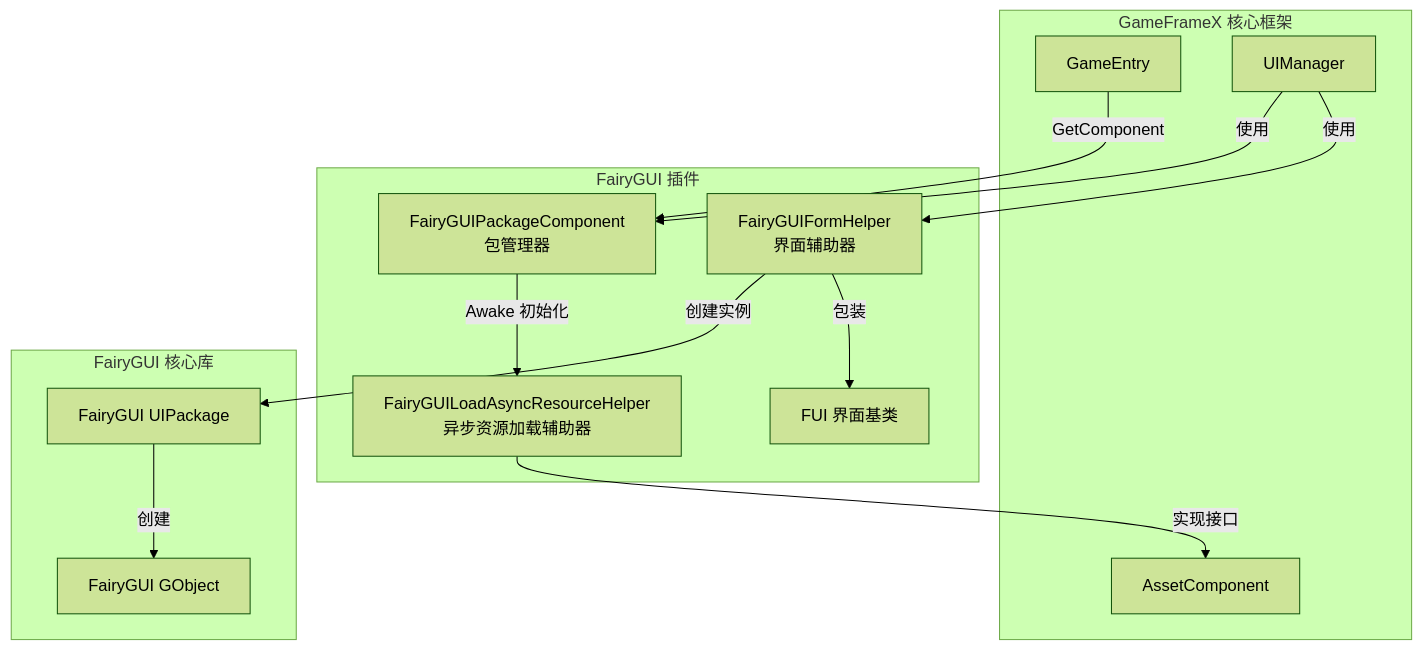
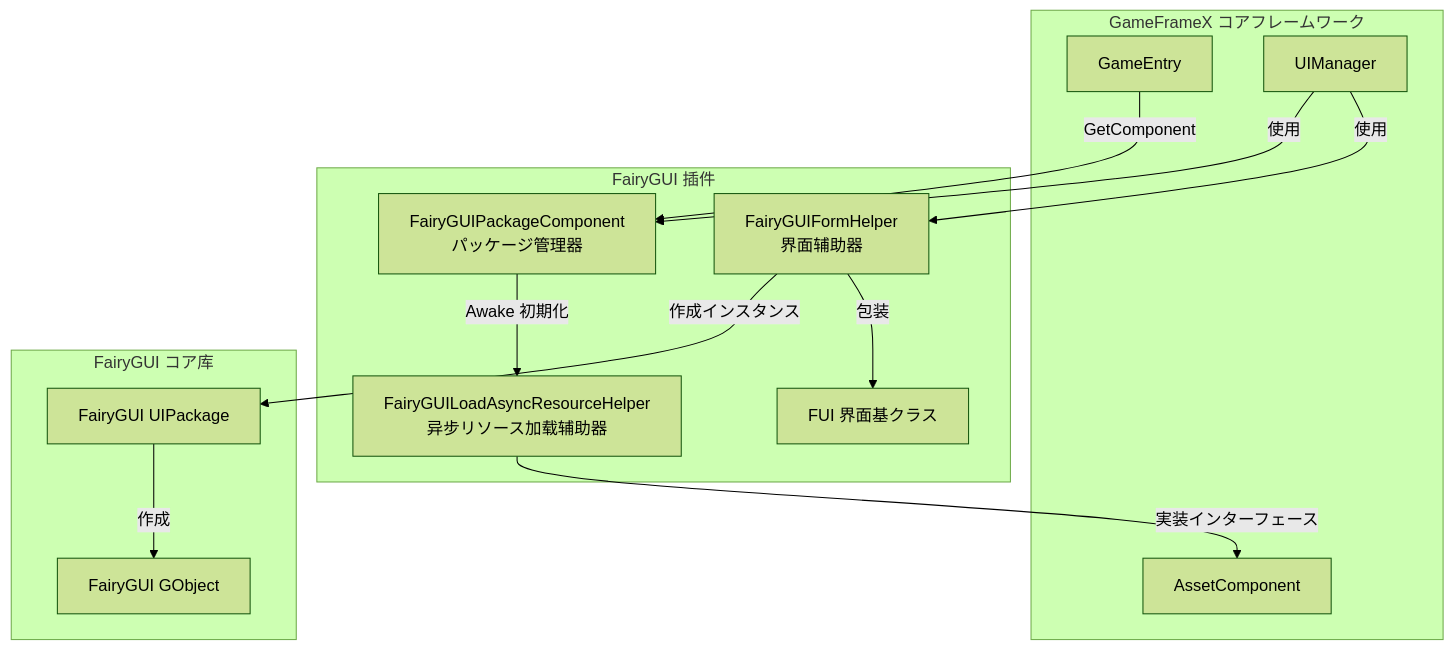
One commit to AlianBlank/GameFrameX.Docs changed the first of 2 diagrams in docs/ja/client/unity/component/ui-fairygui/09.package-manager.md. Above: the diagram before and after it, drawn with Mermaid (forest theme). The commit also changed other lines of this file and 603 other files, not shown here.

````diff
--- a/docs/ja/client/unity/component/ui-fairygui/09.package-manager.md
+++ b/docs/ja/client/unity/component/ui-fairygui/09.package-manager.md
@@ -27,29 +27,29 @@
 ```mermaid
 flowchart TD
-    subgraph GameFrameX["GameFrameX 核心框架"]
+    subgraph GameFrameX["GameFrameX コアフレームワーク"]
         GC[GameEntry]
         AC[AssetComponent]
         UIM[UIManager]
     end
 
     subgraph FairyGUI插件["FairyGUI 插件"]
-        PC[FairyGUIPackageComponent<br/>包管理器]
-        RH[FairyGUILoadAsyncResourceHelper<br/>异步资源加载辅助器]
+        PC[FairyGUIPackageComponent<br/>パッケージ管理器]
+        RH[FairyGUILoadAsyncResourceHelper<br/>异步リソース加载辅助器]
         FH[FairyGUIFormHelper<br/>界面辅助器]
-        FUI[FUI 界面基类]
+        FUI[FUI 界面基クラス]
     end
 
-    subgraph FairyGUI["FairyGUI 核心库"]
+    subgraph FairyGUI["FairyGUI コア库"]
         FGP[FairyGUI UIPackage]
         FGO[FairyGUI GObject]
     end
 
     GC -->|GetComponent| PC
-    PC -->|Awake 初始化| RH
-    RH -->|实现接口| AC
+    PC -->|Awake 初期化| RH
+    RH -->|実装インターフェース| AC
     UIM -->|使用| PC
     UIM -->|使用| FH
-    FH -->|创建实例| FGP
-    FGP -->|创建| FGO
+    FH -->|作成インスタンス| FGP
+    FGP -->|作成| FGO
     FH -->|包装| FUI
 ```
````
